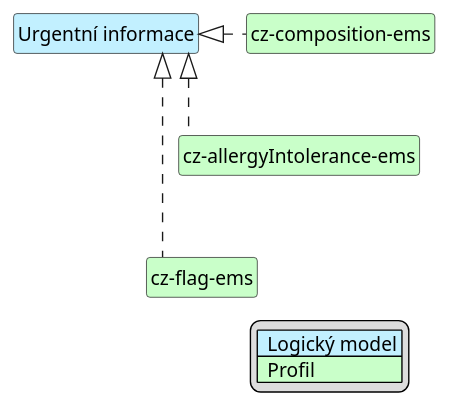
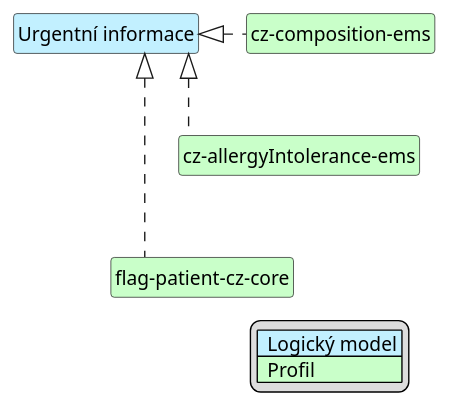
Before and after one commit to HL7-cz/cz-ems: the diagram in input/images-source/emsAlerts-map-cs.plantuml, drawn with PlantUML. The commit also changed 23 other files, not shown here.

```diff
--- a/input/images-source/emsAlerts-map-cs.plantuml
+++ b/input/images-source/emsAlerts-map-cs.plantuml
@@ -1,29 +1,29 @@
 @startuml
 hide circle
 hide stereotype
 hide members
 hide methods
 skinparam linetype ortho
 skinparam class {
 BackgroundColor<<LogicalModel>> #APPLICATION
 BackgroundColor<<Profile>> #TECHNOLOGY
 }
 legend right
 | <#APPLICATION>  Logický model |
 | <#TECHNOLOGY>  Profil |
 endlegend
 
 class "Urgentní informace" <<LogicalModel>> [[StructureDefinition-LogAlertsCz.html]]
 
 class "cz-composition-ems" <<Profile>> [[StructureDefinition-cz-composition-ems.html]]
 class "cz-allergyIntolerance-ems" <<Profile>> [[https://hl7.cz/fhir/core/StructureDefinition-allergyIntolerance-cz-core.html]]
-class "cz-flag-ems" <<Profile>> [[StructureDefinition-cz-flag-ems.html]]
+class "flag-patient-cz-core" <<Profile>> [[https://build.fhir.org/ig/HL7-cz/cz-core/StructureDefinition-flag-patient-cz-core.html]]
 
 "Urgentní informace" <|. "cz-composition-ems"
 "Urgentní informace" <|. "cz-allergyIntolerance-ems"
-"Urgentní informace" <|. "cz-flag-ems"
+"Urgentní informace" <|. "flag-patient-cz-core"
 
 "cz-composition-ems" -d[hidden]-> "cz-allergyIntolerance-ems"
-"cz-allergyIntolerance-ems" -d[hidden]-> "cz-flag-ems"
+"cz-allergyIntolerance-ems" -d[hidden]-> "flag-patient-cz-core"
 
 @enduml
```
